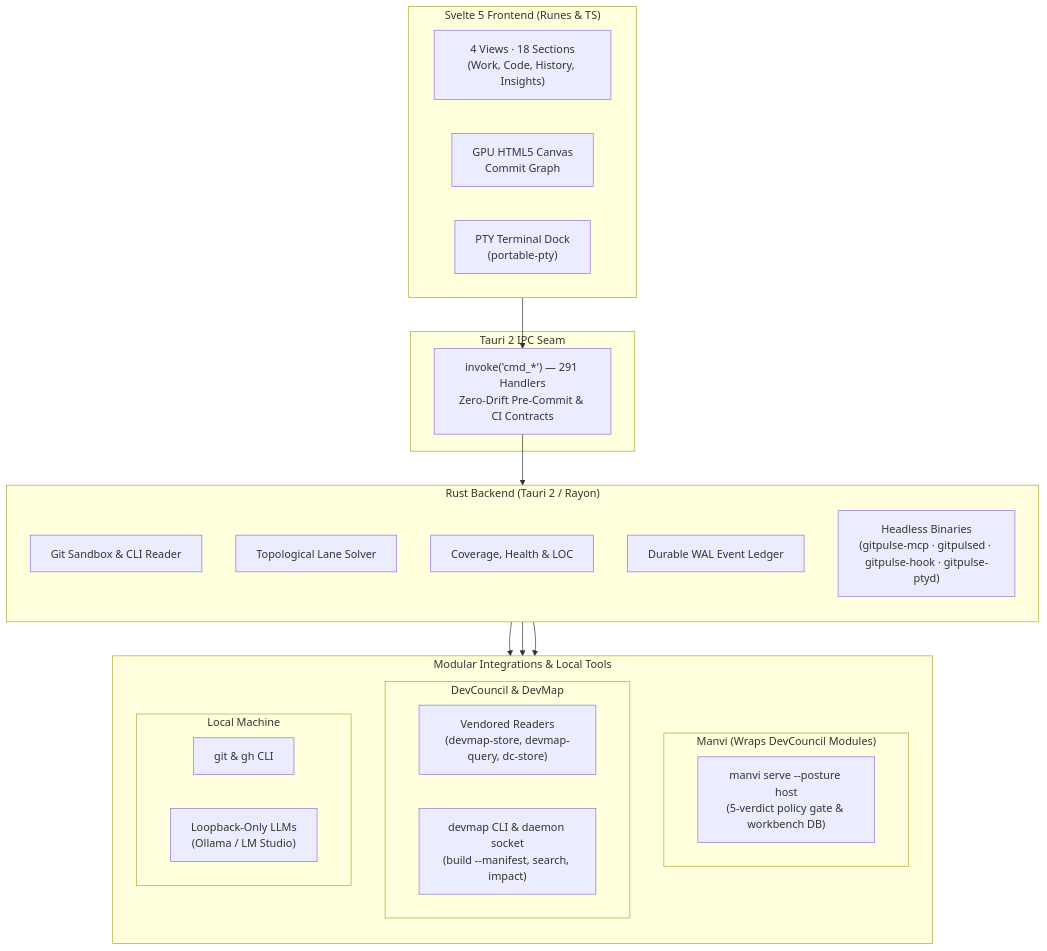
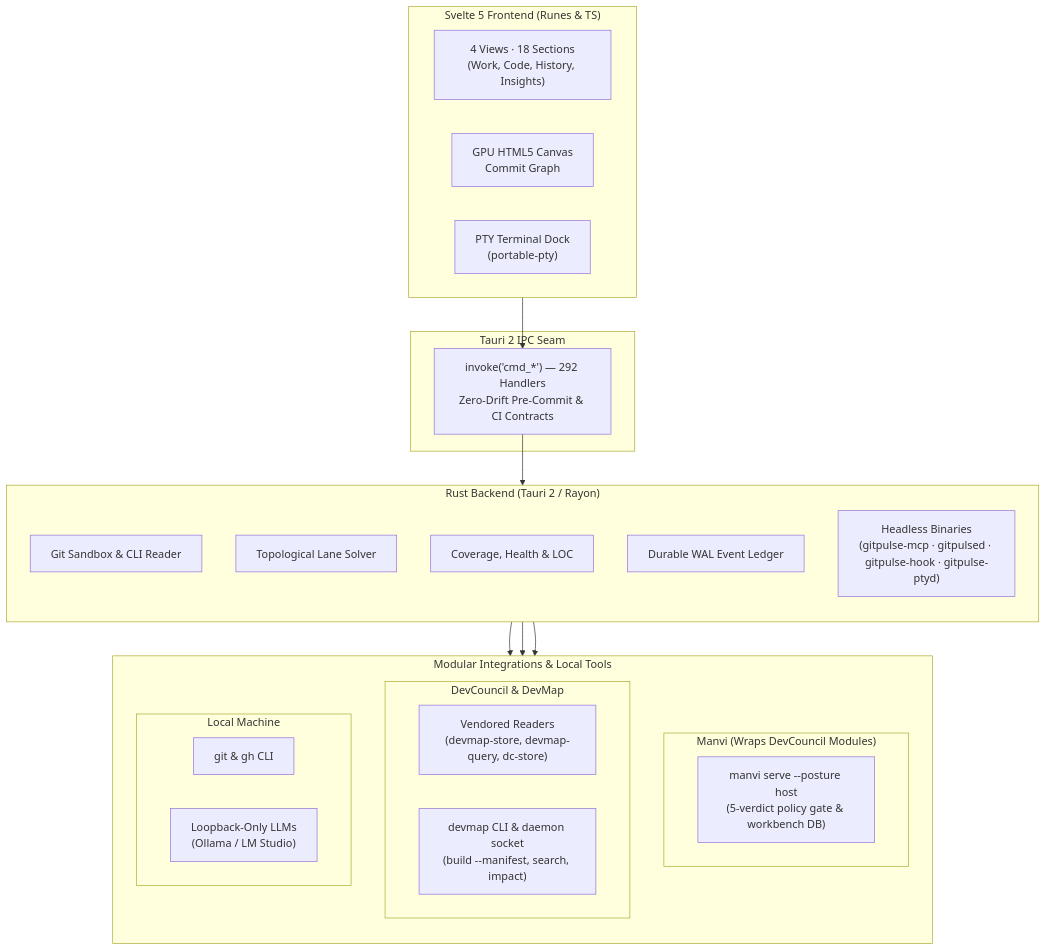
Before and after one commit to bharathvbcr/GitPulse: the diagram in README.md, drawn with Mermaid. The commit also changed 19 other files, not shown here.

````diff
--- a/README.md
+++ b/README.md
@@ -124,43 +124,43 @@
 ```mermaid
 flowchart TB
     subgraph Frontend["Svelte 5 Frontend (Runes & TS)"]
         direction LR
         Views["4 Views · 18 Sections<br/>(Work, Code, History, Insights)"]
         Canvas["GPU HTML5 Canvas<br/>Commit Graph"]
         TerminalDock["PTY Terminal Dock<br/>(portable-pty)"]
     end
 
     subgraph IPC["Tauri 2 IPC Seam"]
-        Bridge["invoke('cmd_*') — 291 Handlers<br/>Zero-Drift Pre-Commit & CI Contracts"]
+        Bridge["invoke('cmd_*') — 292 Handlers<br/>Zero-Drift Pre-Commit & CI Contracts"]
     end
 
     subgraph Backend["Rust Backend (Tauri 2 / Rayon)"]
         direction TB
         GitEngine["Git Sandbox & CLI Reader"]
         LaneSolver["Topological Lane Solver"]
         Analyzers["Coverage, Health & LOC"]
         Ledger["Durable WAL Event Ledger"]
         Headless["Headless Binaries<br/>(gitpulse-mcp · gitpulsed · gitpulse-hook · gitpulse-ptyd)"]
     end
 
     subgraph Integrations["Modular Integrations & Local Tools"]
         direction TB
         subgraph ManviWrap["Manvi (Wraps DevCouncil Modules)"]
             ManviSidecar["manvi serve --posture host<br/>(5-verdict policy gate & workbench DB)"]
         end
         subgraph DevCouncilMods["DevCouncil & DevMap"]
             Vendored["Vendored Readers<br/>(devmap-store, devmap-query, dc-store)"]
             DevMapCLI["devmap CLI & daemon socket<br/>(build --manifest, search, impact)"]
         end
         subgraph LocalTools["Local Machine"]
             CLI["git & gh CLI"]
             LocalLLM["Loopback-Only LLMs<br/>(Ollama / LM Studio)"]
         end
     end
 
     Frontend --> Bridge
     Bridge --> Backend
     Backend --> ManviWrap
     Backend --> DevCouncilMods
     Backend --> LocalTools
 ```
````
